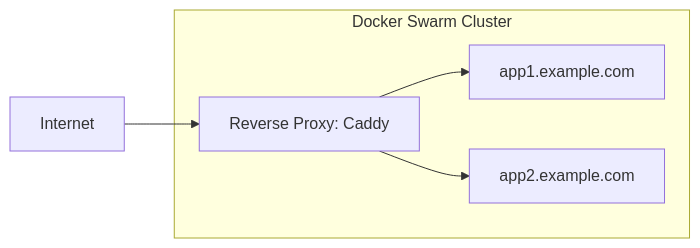
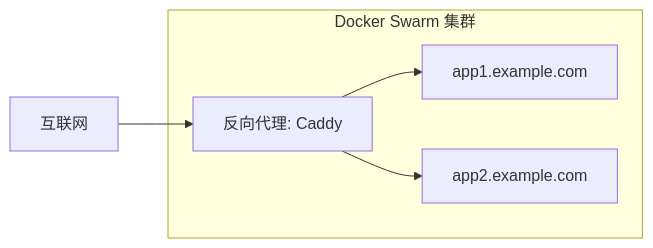
One commit to yii-china/docs changed the diagram in src/zh-CN/cookbook/deployment/docker-swarm-caddy.md. Above: the diagram before and after it, drawn with Mermaid. The commit also changed other lines of this file and 14 other files, not shown here.

````diff
--- a/src/zh-CN/cookbook/deployment/docker-swarm-caddy.md
+++ b/src/zh-CN/cookbook/deployment/docker-swarm-caddy.md
@@ -7,12 +5,12 @@
 ```mermaid
 graph LR
-    A[Internet] --> B[Reverse Proxy: Caddy]
+    A[互联网] --> B[反向代理: Caddy]
     B --> C[app1.example.com]
     B --> D[app2.example.com]
     
-    subgraph Docker Swarm Cluster
+    subgraph Docker Swarm 集群
         B
         C
         D
     end
 ```
````
